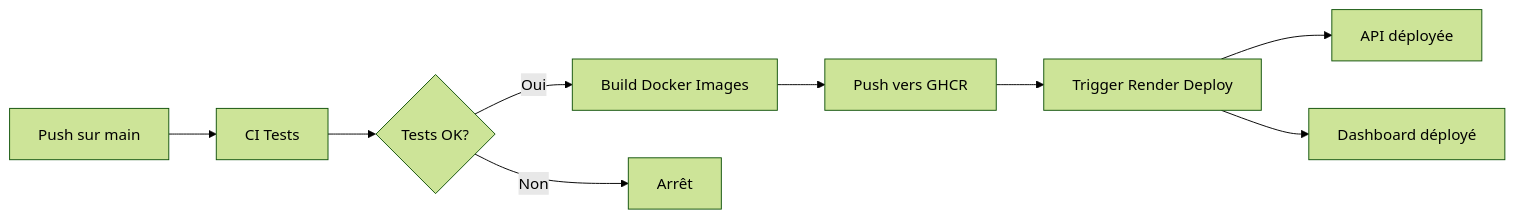
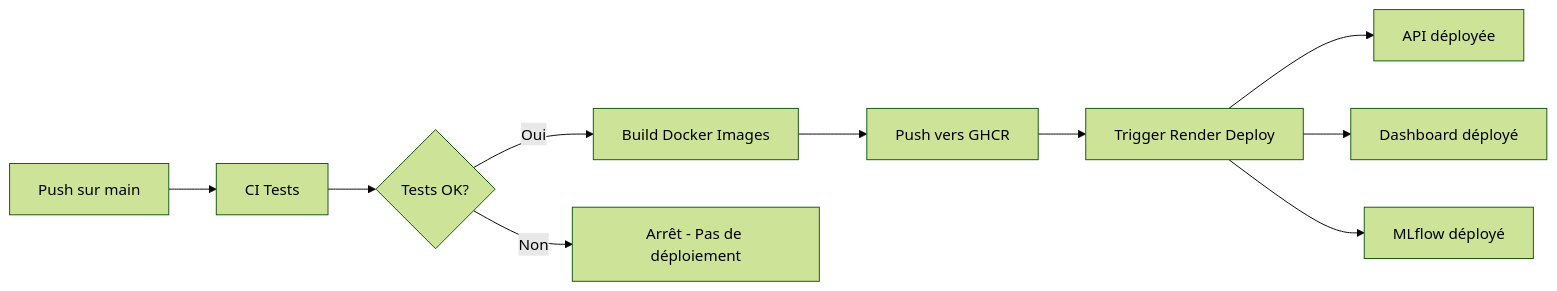
One commit to Absiinator/OPENCLASSROOMS_ML_OPS changed the diagram in RENDER_SETUP.md. Above: the diagram before and after it, drawn with Mermaid (forest theme). The commit also changed other lines of this file and 13 other files, not shown here.

````diff
--- a/RENDER_SETUP.md
+++ b/RENDER_SETUP.md
@@ -179,11 +293,12 @@
 ```mermaid
 graph LR
     A[Push sur main] --> B[CI Tests]
     B --> C{Tests OK?}
     C -->|Oui| D[Build Docker Images]
     D --> E[Push vers GHCR]
     E --> F[Trigger Render Deploy]
     F --> G[API déployée]
     F --> H[Dashboard déployé]
-    C -->|Non| I[Arrêt]
+    F --> I[MLflow déployé]
+    C -->|Non| J[Arrêt - Pas de déploiement]
 ```
````
